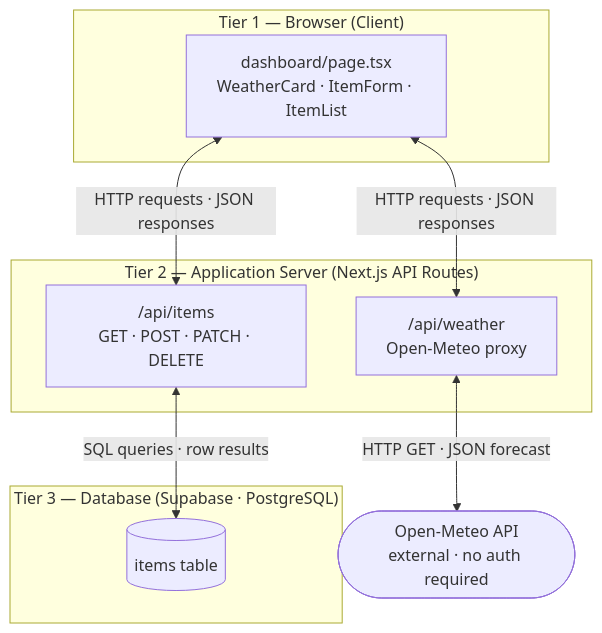
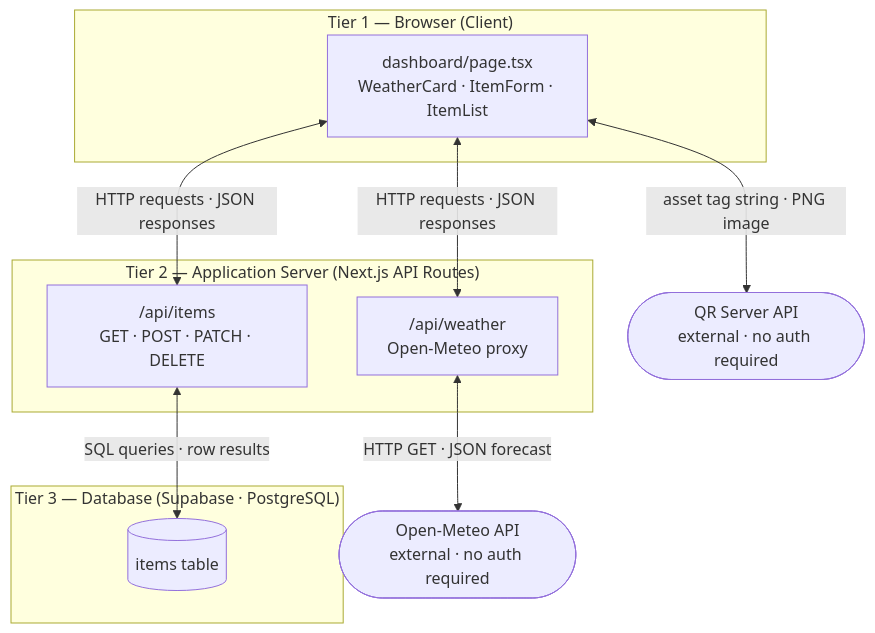
Before and after one commit to yuwennnnnnnnnnnn/510-lab: the diagram in report.md, drawn with Mermaid.

Commit message:
Add QR Server API to Component C architecture diagram

````diff
--- a/report.md
+++ b/report.md
@@ -81,22 +81,24 @@
 ```mermaid
 flowchart TD
-    EXT(["Open-Meteo API\nexternal · no auth required"])
+    EXT1(["Open-Meteo API\nexternal · no auth required"])
+    EXT2(["QR Server API\nexternal · no auth required"])
 
     subgraph T1["Tier 1 — Browser (Client)"]
         PAGE["dashboard/page.tsx\nWeatherCard · ItemForm · ItemList"]
     end
 
     subgraph T2["Tier 2 — Application Server (Next.js API Routes)"]
         WR["/api/weather\nOpen-Meteo proxy"]
         IR["/api/items\nGET · POST · PATCH · DELETE"]
     end
 
     subgraph T3["Tier 3 — Database (Supabase · PostgreSQL)"]
         DB[("items table")]
     end
 
     PAGE <-->|"HTTP requests · JSON responses"| WR
     PAGE <-->|"HTTP requests · JSON responses"| IR
-    WR <-->|"HTTP GET · JSON forecast"| EXT
+    PAGE <-->|"asset tag string · PNG image"| EXT2
+    WR <-->|"HTTP GET · JSON forecast"| EXT1
     IR <-->|"SQL queries · row results"| DB
 ```
````
